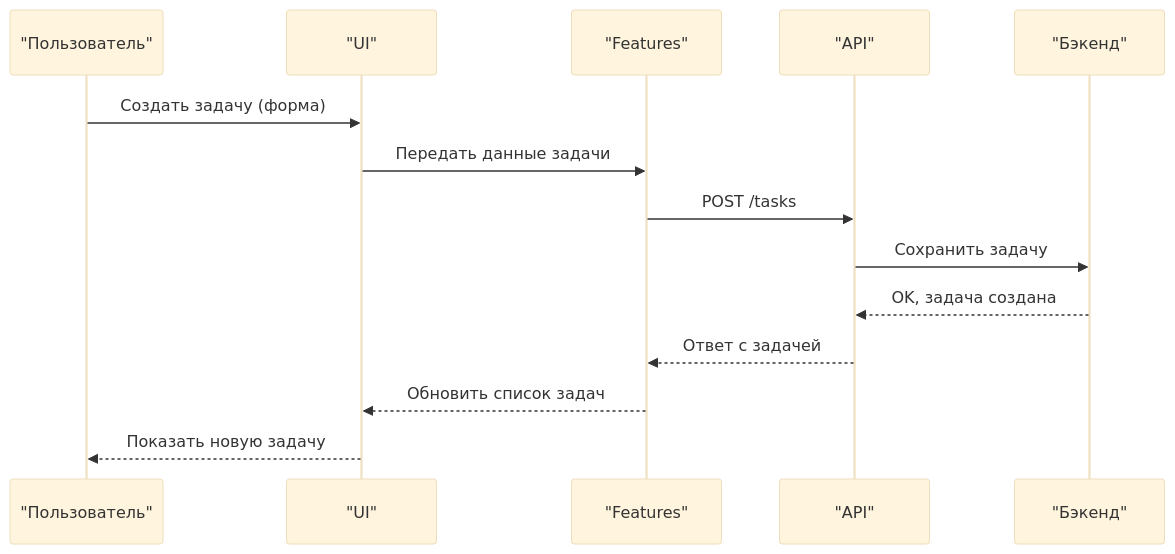
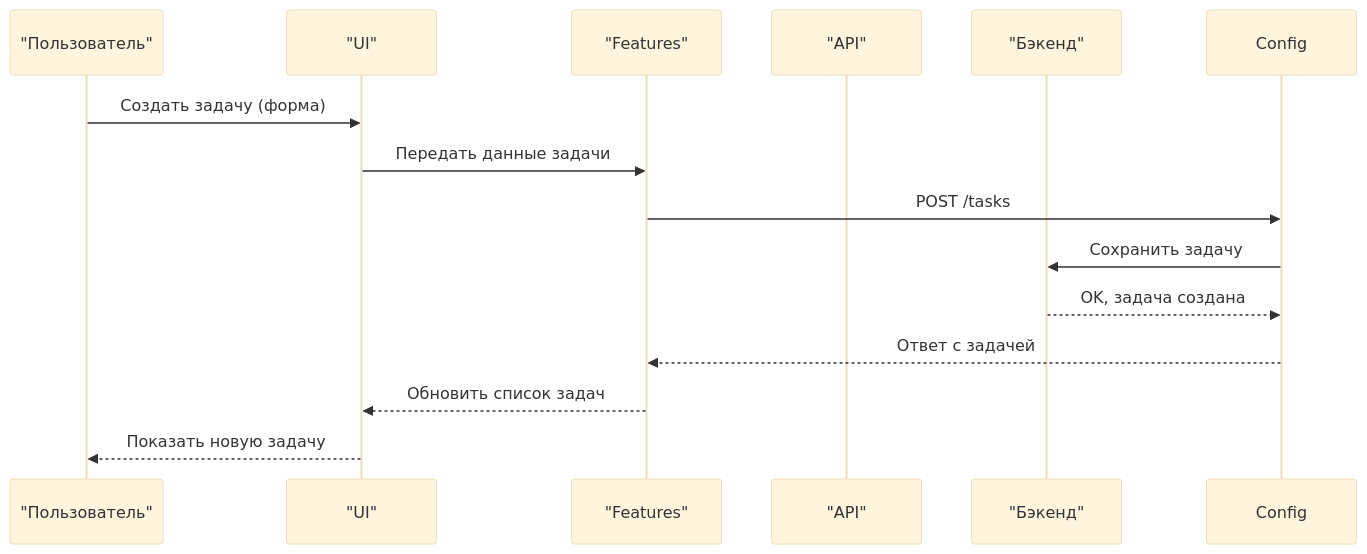
The fourth of 6 diagrams in README.md (WorkTechDevelop/frontend), drawn with Mermaid (base theme) before and after one commit. The commit also changed other lines of this file and 2 other files, not shown here.

Commit message:
Refactor README.md to update API integration details, replacing references to internal API routes with external REST API configuration. Remove obsolete API route files to streamline project structure and enhance clarity on data flow and server interactions.

````diff
--- a/README.md
+++ b/README.md
@@ -229,17 +229,17 @@
 ```mermaid
 sequenceDiagram
   participant User as "Пользователь"
   participant UI as "UI"
   participant Features as "Features"
   participant API as "API"
   participant Server as "Бэкенд"
 
   User->>UI: Создать задачу (форма)
   UI->>Features: Передать данные задачи
-  Features->>API: POST /tasks
-  API->>Server: Сохранить задачу
-  Server-->>API: OK, задача создана
-  API-->>Features: Ответ с задачей
+  Features->>Config: POST /tasks
+  Config->>Server: Сохранить задачу
+  Server-->>Config: OK, задача создана
+  Config-->>Features: Ответ с задачей
   Features-->>UI: Обновить список задач
   UI-->>User: Показать новую задачу
 ```
````
